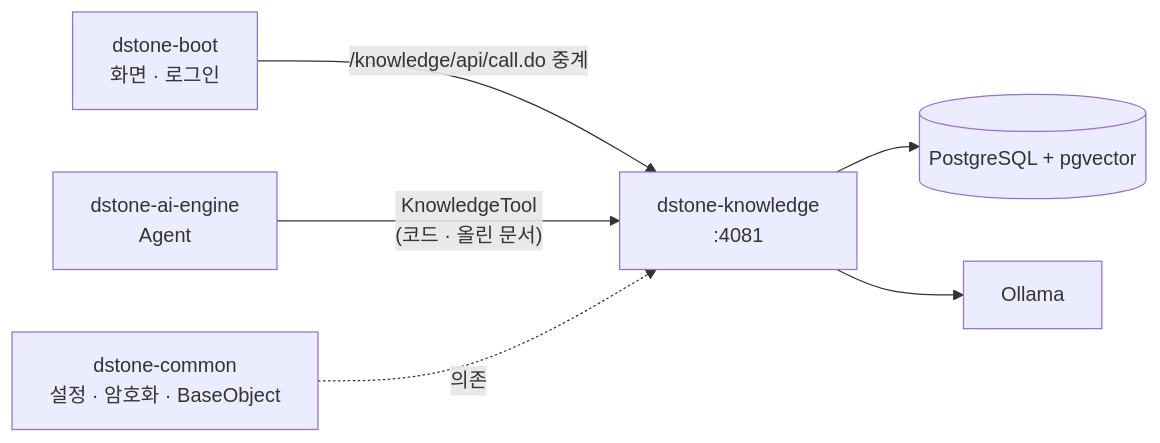
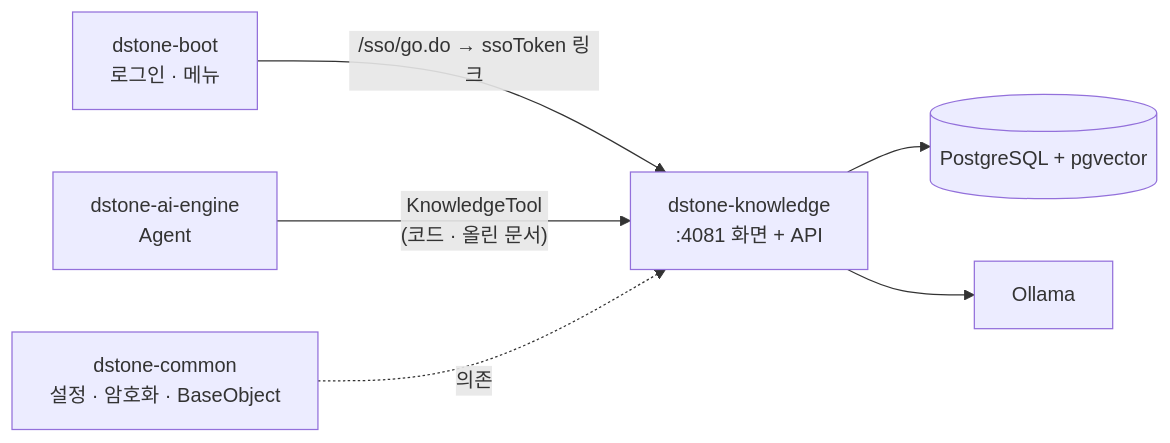
One commit to YongSoekChoeng/dstone changed diagram 16 of 16 in docs/11.dstone-knowledge.md. Above: the diagram before and after it, drawn with Mermaid. The commit also changed other lines of this file and 86 other files, not shown here.

First line of the commit message:
feat: AI·Knowledge 화면을 dstone-ai-engine·dstone-knowledge로 옮기고 dstone-boot와 세션 공유

````diff
--- a/docs/11.dstone-knowledge.md
+++ b/docs/11.dstone-knowledge.md
@@ -951,8 +951,8 @@
 ```mermaid
 flowchart LR
-    BOOT["dstone-boot<br/>화면 · 로그인"] -->|"/knowledge/api/call.do 중계"| K["dstone-knowledge<br/>:4081"]
+    BOOT["dstone-boot<br/>로그인 · 메뉴"] -->|"/sso/go.do → ssoToken 링크"| K["dstone-knowledge<br/>:4081 화면 + API"]
     AI["dstone-ai-engine<br/>Agent"] -->|"KnowledgeTool<br/>(코드 · 올린 문서)"| K
     K --> PG[("PostgreSQL + pgvector")]
     K --> OL["Ollama"]
     COMMON["dstone-common<br/>설정 · 암호화 · BaseObject"] -.->|의존| K
 ```
````
